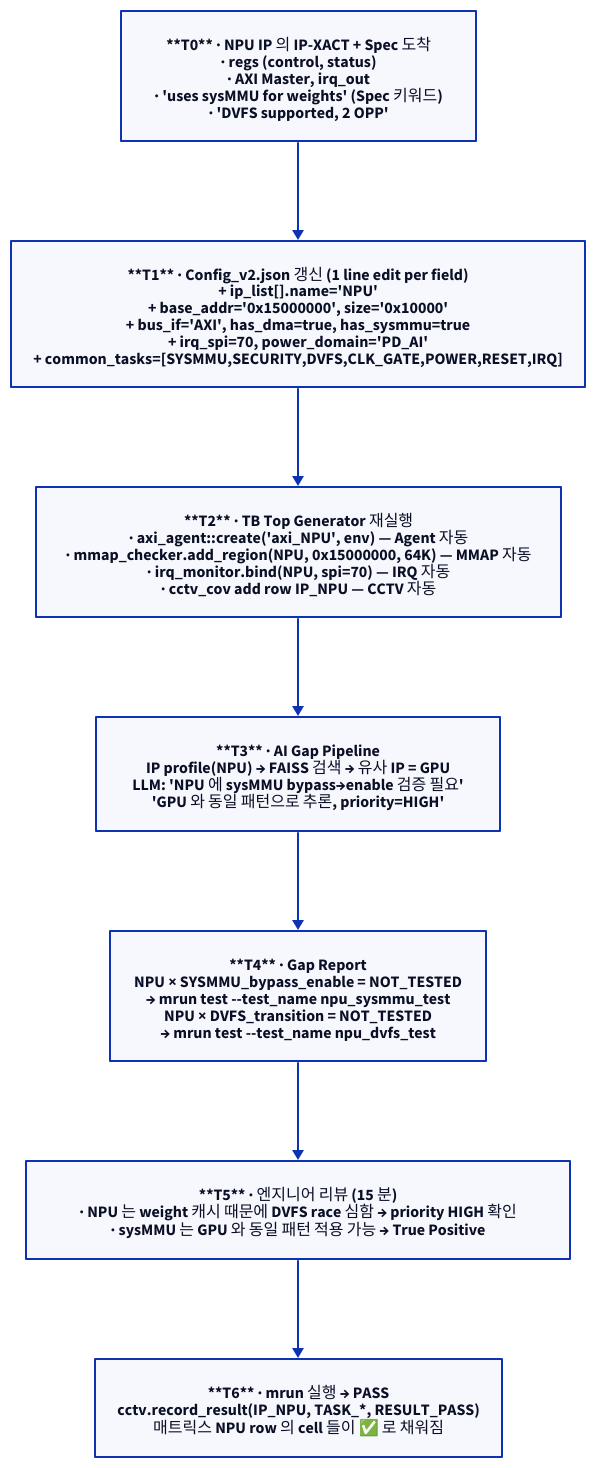
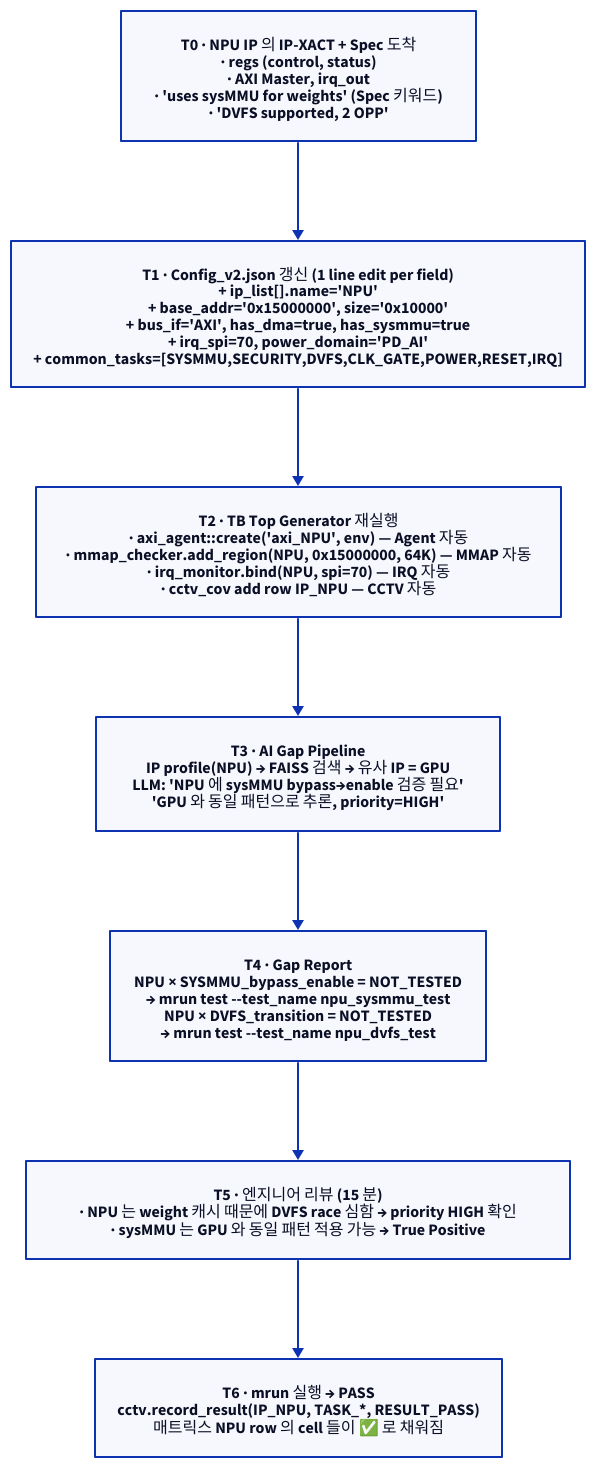
The second of 6 diagrams in starlight_site/src/content/docs/soc_integration_cctv/03_tb_top_and_ai.md (humbleowl39/DV_SKOOL), drawn with D2 before and after one commit. The commit also changed other lines of this file and 714 other files, not shown here.

First line of the commit message:
fix(site): d2 다이어그램 가독성 결함 6종 일괄 수정

````diff
--- a/starlight_site/src/content/docs/soc_integration_cctv/03_tb_top_and_ai.md
+++ b/starlight_site/src/content/docs/soc_integration_cctv/03_tb_top_and_ai.md
@@ -82,17 +82,17 @@
 ```d2
 direction: down
 
-T0: "**T0** · NPU IP 의 IP-XACT + Spec 도착\n· regs (control, status)\n· AXI Master, irq_out\n· 'uses sysMMU for weights' (Spec 키워드)\n· 'DVFS supported, 2 OPP'"
-T1: "**T1** · Config_v2.json 갱신 (1 line edit per field)\n+ ip_list[].name='NPU'\n+ base_addr='0x15000000', size='0x10000'\n+ bus_if='AXI', has_dma=true, has_sysmmu=true\n+ irq_spi=70, power_domain='PD_AI'\n+ common_tasks=[SYSMMU,SECURITY,DVFS,CLK_GATE,POWER,RESET,IRQ]"
-T2: "**T2** · TB Top Generator 재실행\n· axi_agent::create('axi_NPU', env) — Agent 자동\n· mmap_checker.add_region(NPU, 0x15000000, 64K) — MMAP 자동\n· irq_monitor.bind(NPU, spi=70) — IRQ 자동\n· cctv_cov add row IP_NPU — CCTV 자동"
-T3: "**T3** · AI Gap Pipeline\nIP profile(NPU) → FAISS 검색 → 유사 IP = GPU\nLLM: 'NPU 에 sysMMU bypass→enable 검증 필요'\n'GPU 와 동일 패턴으로 추론, priority=HIGH'"
-T4: "**T4** · Gap Report\nNPU × SYSMMU_bypass_enable = NOT_TESTED\n→ mrun test --test_name npu_sysmmu_test\nNPU × DVFS_transition = NOT_TESTED\n→ mrun test --test_name npu_dvfs_test"
-T5: "**T5** · 엔지니어 리뷰 (15 분)\n· NPU 는 weight 캐시 때문에 DVFS race 심함 → priority HIGH 확인\n· sysMMU 는 GPU 와 동일 패턴 적용 가능 → True Positive"
-T6: "**T6** · mrun 실행 → PASS\ncctv.record_result(IP_NPU, TASK_*, RESULT_PASS)\n매트릭스 NPU row 의 cell 들이 ✅ 로 채워짐"
+T0: "T0 · NPU IP 의 IP-XACT + Spec 도착\n· regs (control, status)\n· AXI Master, irq_out\n· 'uses sysMMU for weights' (Spec 키워드)\n· 'DVFS supported, 2 OPP'"
+T1: "T1 · Config_v2.json 갱신 (1 line edit per field)\n+ ip_list[].name='NPU'\n+ base_addr='0x15000000', size='0x10000'\n+ bus_if='AXI', has_dma=true, has_sysmmu=true\n+ irq_spi=70, power_domain='PD_AI'\n+ common_tasks=[SYSMMU,SECURITY,DVFS,CLK_GATE,POWER,RESET,IRQ]"
+T2: "T2 · TB Top Generator 재실행\n· axi_agent::create('axi_NPU', env) — Agent 자동\n· mmap_checker.add_region(NPU, 0x15000000, 64K) — MMAP 자동\n· irq_monitor.bind(NPU, spi=70) — IRQ 자동\n· cctv_cov add row IP_NPU — CCTV 자동"
+T3: "T3 · AI Gap Pipeline\nIP profile(NPU) → FAISS 검색 → 유사 IP = GPU\nLLM: 'NPU 에 sysMMU bypass→enable 검증 필요'\n'GPU 와 동일 패턴으로 추론, priority=HIGH'"
+T4: "T4 · Gap Report\nNPU × SYSMMU_bypass_enable = NOT_TESTED\n→ mrun test --test_name npu_sysmmu_test\nNPU × DVFS_transition = NOT_TESTED\n→ mrun test --test_name npu_dvfs_test"
+T5: "T5 · 엔지니어 리뷰 (15 분)\n· NPU 는 weight 캐시 때문에 DVFS race 심함 → priority HIGH 확인\n· sysMMU 는 GPU 와 동일 패턴 적용 가능 → True Positive"
+T6: "T6 · mrun 실행 → PASS\ncctv.record_result(IP_NPU, TASK_*, RESULT_PASS)\n매트릭스 NPU row 의 cell 들이 ✅ 로 채워짐"
 T0 -> T1
 T1 -> T2
 T2 -> T3
 T3 -> T4
 T4 -> T5
 T5 -> T6
 ```
````
